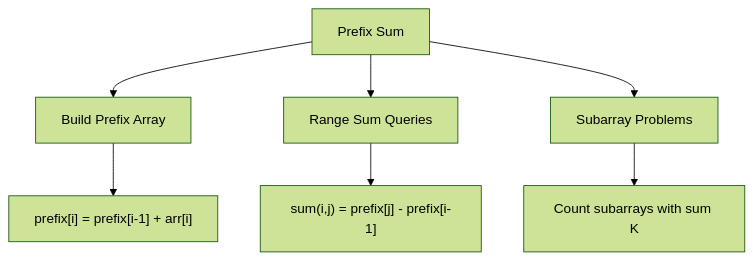
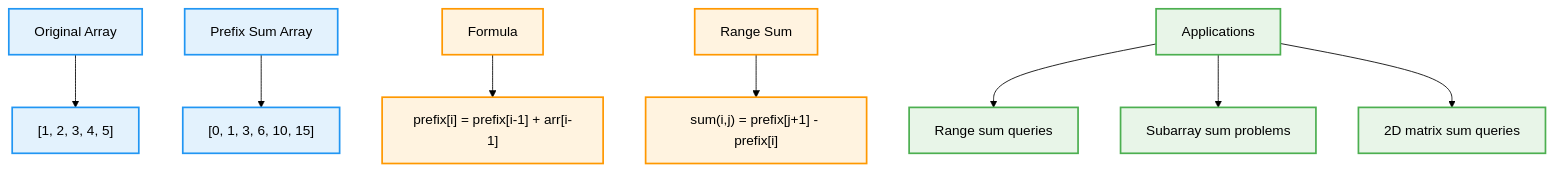
The eighth of 9 diagrams in concepts/arrays.md (AbhishekGiri04/CodeVault), drawn with Mermaid (forest theme) before and after one commit. The commit also changed other lines of this file, not shown here.

````diff
--- a/concepts/arrays.md
+++ b/concepts/arrays.md
@@ -487,10 +816,20 @@
 ```mermaid
-graph TD
-    A["Prefix Sum"] --> B["Build Prefix Array"]
-    A --> C["Range Sum Queries"]
-    A --> D["Subarray Problems"]
+flowchart TD
+    A["Original Array"] --> B["[1, 2, 3, 4, 5]"]
+    C["Prefix Sum Array"] --> D["[0, 1, 3, 6, 10, 15]"]
     
-    B --> E["prefix[i] = prefix[i-1] + arr[i]"]
-    C --> F["sum(i,j) = prefix[j] - prefix[i-1]"]
-    D --> G["Count subarrays with sum K"]
+    E["Formula"] --> F["prefix[i] = prefix[i-1] + arr[i-1]"]
+    G["Range Sum"] --> H["sum(i,j) = prefix[j+1] - prefix[i]"]
+    
+    I["Applications"] --> J["Range sum queries"]
+    I --> K["Subarray sum problems"]
+    I --> L["2D matrix sum queries"]
+    
+    classDef default fill:#f9f9f9,stroke:#333,stroke-width:2px,color:#000
+    classDef array fill:#e3f2fd,stroke:#2196f3,stroke-width:2px,color:#000
+    classDef formula fill:#fff3e0,stroke:#ff9800,stroke-width:2px,color:#000
+    classDef applications fill:#e8f5e8,stroke:#4caf50,stroke-width:2px,color:#000
+    class A,B,C,D array
+    class E,F,G,H formula
+    class I,J,K,L applications
 ```
````
